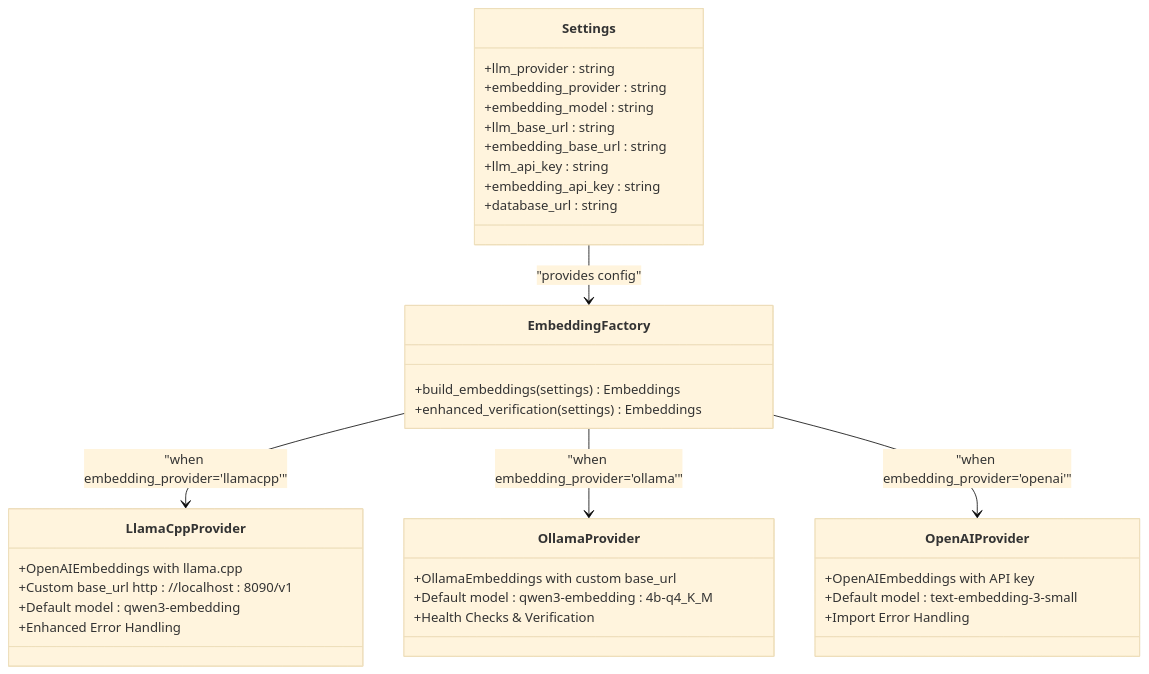
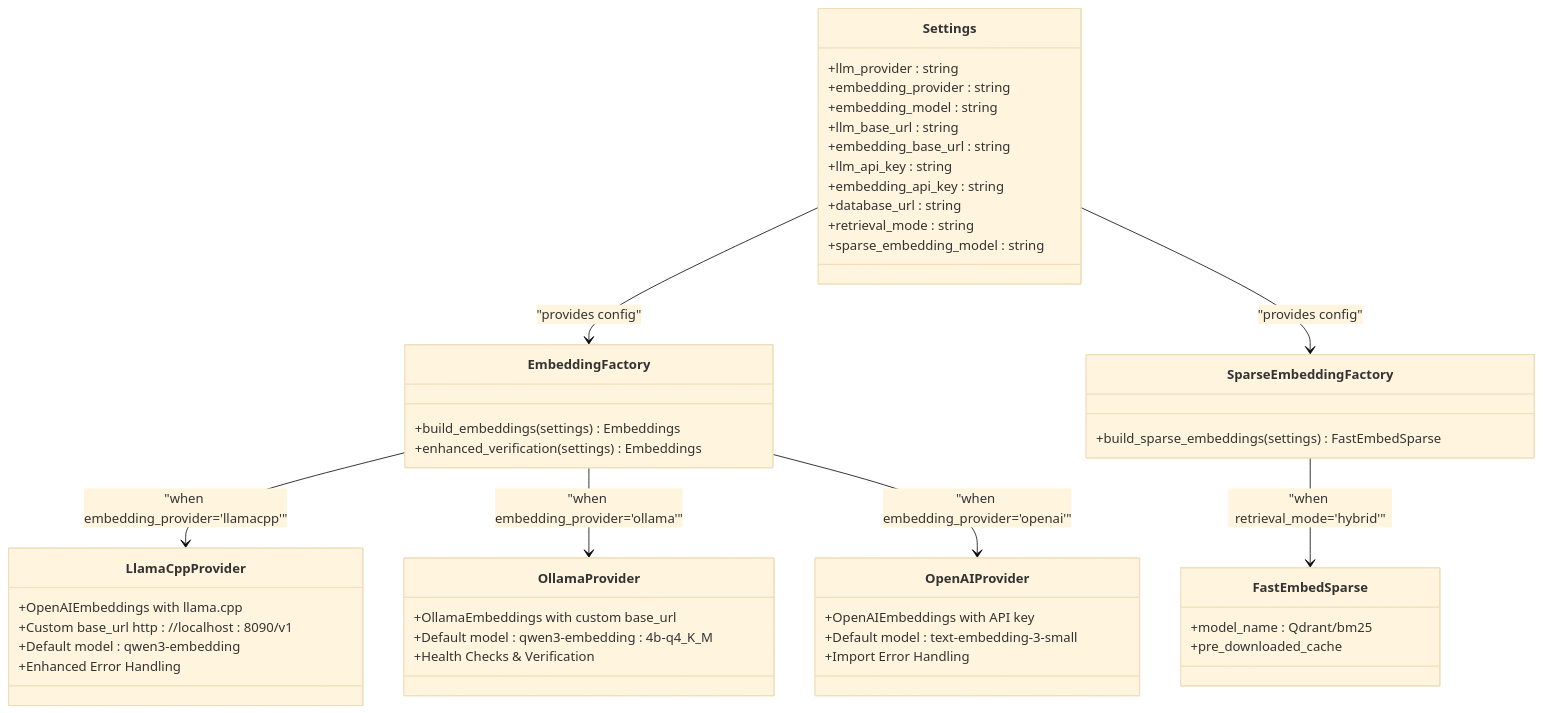
Diagram 11 of 20 in .qoder/repowiki/en/content/Deployment and Operations.md (ognelis/cafetera_hr_bot), drawn with Mermaid (base theme) before and after one commit. The commit also changed other lines of this file and 2 other files, not shown here.

````diff
--- a/.qoder/repowiki/en/content/Deployment and Operations.md
+++ b/.qoder/repowiki/en/content/Deployment and Operations.md
@@ -547,37 +552,48 @@
 ```mermaid
 classDiagram
 class Settings {
 +llm_provider : string
 +embedding_provider : string
 +embedding_model : string
 +llm_base_url : string
 +embedding_base_url : string
 +llm_api_key : string
 +embedding_api_key : string
 +database_url : string
++retrieval_mode : string
++sparse_embedding_model : string
 }
 class EmbeddingFactory {
 +build_embeddings(settings) Embeddings
 +enhanced_verification(settings) Embeddings
+}
+class SparseEmbeddingFactory {
++build_sparse_embeddings(settings) FastEmbedSparse
 }
 class LlamaCppProvider {
 +OpenAIEmbeddings with llama.cpp
 +Custom base_url http : //localhost : 8090/v1
 +Default model : qwen3-embedding
 +Enhanced Error Handling
 }
 class OllamaProvider {
 +OllamaEmbeddings with custom base_url
 +Default model : qwen3-embedding : 4b-q4_K_M
 +Health Checks & Verification
 }
 class OpenAIProvider {
 +OpenAIEmbeddings with API key
 +Default model : text-embedding-3-small
 +Import Error Handling
 }
+class FastEmbedSparse {
++model_name : Qdrant/bm25
++pre_downloaded_cache
+}
 Settings --> EmbeddingFactory : "provides config"
+Settings --> SparseEmbeddingFactory : "provides config"
 EmbeddingFactory --> LlamaCppProvider : "when embedding_provider='llamacpp'"
 EmbeddingFactory --> OllamaProvider : "when embedding_provider='ollama'"
 EmbeddingFactory --> OpenAIProvider : "when embedding_provider='openai'"
+SparseEmbeddingFactory --> FastEmbedSparse : "when retrieval_mode='hybrid'"
 ```
````
